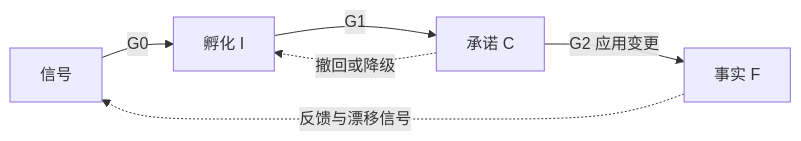
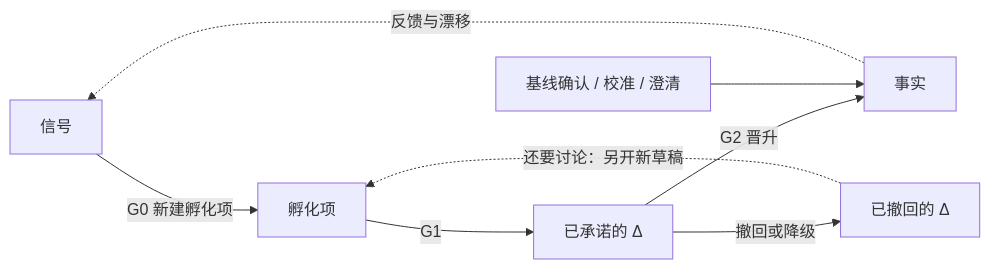
One commit to zqueenlyl/swe-delta changed the diagram in knowledge-maturity-model.md. Above: the diagram before and after it, drawn with Mermaid. The commit also changed other lines of this file and 3 other files, not shown here.

````diff
--- a/knowledge-maturity-model.md
+++ b/knowledge-maturity-model.md
@@ -119,8 +119,10 @@
 ```mermaid
 flowchart LR
-  S[信号] -->|G0| I[孵化 I]
-  I -->|G1| C[承诺 C]
-  C -->|G2 应用变更| F[事实 F]
-  C -.->|撤回或降级| I
-  F -.->|反馈与漂移信号| S
+  S[信号] -->|G0 新建孵化项| I[孵化项]
+  I -->|G1| C[已承诺的 Δ]
+  C -->|G2 晋升| F[事实]
+  C -->|撤回或降级| W[已撤回的 Δ]
+  W -.->|还要讨论：另开新草稿| I
+  O[基线确认 / 校准 / 澄清] --> F
+  F -.->|反馈与漂移| S
 ```
````
